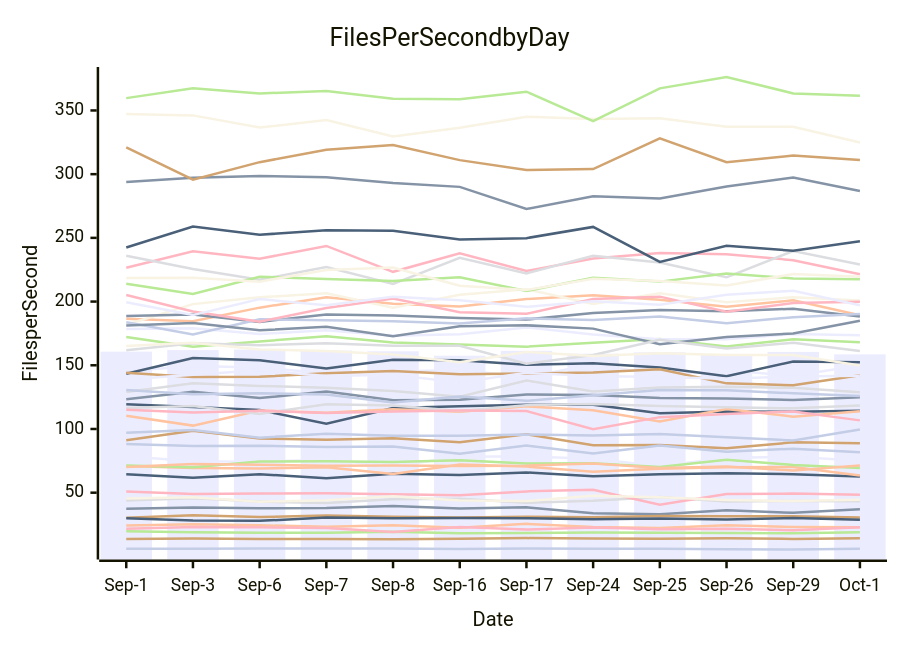
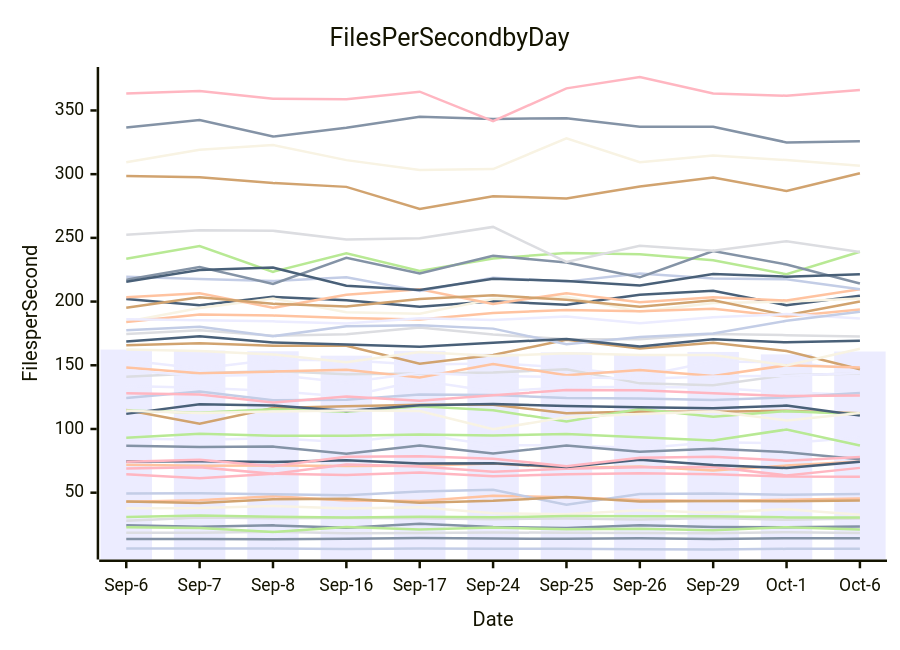
Before and after one commit to streetsidesoftware/cspell: the diagram in perf-report.md, drawn with Mermaid. The commit also changed other lines of this file and 1 other file, not shown here.

````diff
--- a/perf-report.md
+++ b/perf-report.md
@@ -10,57 +10,57 @@
 ```mermaid
 xychart-beta
     title Files Per Second by Day
     y-axis Files per Second
-    x-axis Date [Sep-1, Sep-3, Sep-6, Sep-7, Sep-8, Sep-16, Sep-17, Sep-24, Sep-25, Sep-26, Sep-29, Oct-1]
-    bar [160.72, 161.93, 162.34, 161.56, 160.97, 157.55, 161.35, 159.12, 160.20, 158.85, 160.46, 158.54]
-    line [37.33, 38.42, 37.82, 37.98, 39.62, 37.64, 38.51, 33.90, 33.12, 36.15, 34.22, 37.04]
-    line [24.27, 25.24, 24.42, 23.30, 24.35, 22.54, 25.54, 23.00, 22.21, 24.38, 23.05, 22.85]
-    line [43.81, 45.60, 43.01, 41.97, 44.80, 45.26, 42.13, 43.68, 46.57, 43.13, 43.45, 43.36]
-    line [19.71, 18.88, 18.65, 18.65, 19.33, 18.07, 18.42, 18.78, 18.52, 18.42, 18.07, 18.99]
-    line [30.26, 32.20, 30.88, 32.09, 31.08, 30.60, 31.19, 30.72, 31.67, 31.52, 31.59, 30.62]
-    line [6.06, 6.09, 6.20, 6.14, 6.11, 5.78, 6.14, 6.07, 5.98, 5.68, 5.41, 5.92]
-    line [50.89, 48.97, 49.35, 49.58, 48.85, 47.97, 51.02, 52.29, 40.48, 48.89, 49.28, 48.37]
-    line [64.49, 61.65, 64.50, 61.26, 64.86, 63.96, 65.83, 62.91, 64.44, 65.18, 64.56, 62.65]
-    line [45.45, 46.41, 42.91, 44.10, 47.18, 43.88, 43.41, 47.56, 46.43, 44.28, 43.43, 44.41]
-    line [78.69, 74.68, 74.33, 75.84, 70.78, 78.20, 78.52, 76.56, 70.74, 77.36, 78.18, 75.07]
-    line [123.39, 129.29, 124.27, 129.39, 122.55, 122.88, 127.08, 126.63, 124.32, 123.86, 122.76, 124.85]
-    line [70.89, 69.29, 68.94, 69.89, 64.77, 72.12, 70.50, 66.34, 68.88, 70.01, 70.14, 63.55]
-    line [128.97, 135.94, 133.80, 132.37, 129.87, 125.28, 138.07, 129.51, 132.51, 133.16, 132.31, 128.76]
-    line [71.42, 69.97, 74.43, 74.58, 74.02, 75.50, 72.83, 73.03, 70.23, 75.87, 71.80, 69.38]
-    line [91.22, 98.55, 92.55, 91.52, 92.79, 89.51, 95.95, 87.21, 87.42, 84.85, 89.53, 88.83]
-    line [96.99, 99.11, 93.19, 96.28, 94.70, 94.66, 95.59, 94.92, 96.04, 93.49, 90.93, 99.59]
-    line [226.56, 239.54, 233.61, 243.66, 223.35, 237.82, 223.98, 233.86, 238.09, 237.21, 232.50, 221.42]
-    line [119.50, 117.17, 114.93, 104.04, 116.42, 117.89, 118.96, 119.04, 112.27, 113.64, 113.59, 114.39]
-    line [347.17, 346.14, 336.60, 342.41, 329.55, 336.36, 345.01, 343.35, 343.97, 337.30, 337.13, 324.92]
-    line [145.28, 149.46, 148.18, 143.83, 145.01, 146.41, 140.36, 151.00, 142.17, 146.26, 141.54, 150.02]
-    line [293.90, 297.13, 298.52, 297.48, 293.09, 290.03, 272.63, 282.67, 280.96, 290.36, 297.31, 286.74]
-    line [186.50, 184.53, 195.23, 203.47, 198.25, 196.22, 201.98, 205.02, 201.39, 195.94, 200.94, 189.24]
-    line [235.92, 225.53, 217.15, 227.16, 213.82, 234.37, 222.15, 235.99, 230.67, 219.04, 239.66, 229.06]
-    line [172.14, 164.57, 168.71, 172.84, 167.97, 166.22, 164.57, 167.61, 170.71, 164.68, 170.44, 168.02]
-    line [13.64, 14.09, 13.63, 13.57, 13.40, 13.81, 14.35, 14.04, 13.83, 14.23, 13.74, 14.24]
-    line [130.51, 127.29, 128.13, 127.03, 120.72, 125.41, 122.07, 126.43, 130.53, 130.33, 127.99, 125.90]
-    line [21.60, 23.03, 22.85, 22.27, 19.18, 23.11, 21.10, 22.62, 21.27, 21.60, 20.47, 22.93]
-    line [29.95, 28.16, 27.92, 30.43, 29.89, 30.21, 29.92, 29.23, 29.70, 28.98, 30.17, 28.67]
-    line [181.85, 198.01, 203.39, 206.55, 195.11, 205.27, 209.68, 198.18, 206.47, 199.39, 203.39, 200.83]
-    line [178.56, 179.08, 174.59, 177.44, 173.15, 174.36, 179.74, 174.18, 170.43, 170.45, 174.63, 173.65]
-    line [188.75, 189.86, 184.03, 189.81, 189.01, 187.14, 185.91, 190.99, 193.37, 192.37, 194.39, 188.26]
-    line [110.36, 102.65, 114.46, 112.83, 115.47, 113.56, 117.79, 114.76, 105.80, 115.76, 109.67, 113.99]
-    line [116.38, 118.04, 111.85, 119.40, 118.51, 114.20, 118.71, 119.64, 118.05, 116.99, 116.24, 118.39]
-    line [214.04, 205.97, 219.44, 217.73, 216.08, 219.15, 208.36, 218.68, 215.66, 222.06, 218.14, 217.51]
-    line [321.08, 295.70, 309.43, 319.09, 322.91, 311.02, 303.26, 304.00, 328.11, 309.34, 314.63, 311.05]
-    line [183.77, 174.20, 186.05, 185.31, 184.47, 182.86, 186.84, 185.48, 188.32, 183.01, 187.77, 190.16]
-    line [205.14, 192.22, 184.22, 194.88, 202.40, 191.56, 190.37, 202.02, 203.87, 192.01, 198.88, 199.85]
-    line [143.28, 155.69, 153.87, 147.46, 154.39, 153.96, 150.40, 151.64, 148.32, 141.41, 152.96, 152.29]
-    line [218.57, 218.78, 215.63, 224.82, 226.65, 212.42, 209.15, 217.97, 216.10, 212.71, 221.60, 219.58]
-    line [199.53, 189.39, 201.97, 197.12, 203.70, 201.07, 195.90, 200.29, 197.49, 205.32, 208.45, 197.08]
-    line [181.23, 183.21, 177.43, 180.28, 172.77, 180.61, 181.38, 178.77, 166.50, 172.24, 175.00, 184.88]
-    line [70.19, 72.55, 71.94, 71.15, 71.34, 71.01, 71.23, 73.00, 69.32, 70.55, 67.39, 71.27]
-    line [161.76, 167.23, 165.73, 167.27, 165.39, 165.37, 151.18, 158.06, 170.07, 163.11, 167.69, 161.21]
-    line [359.68, 367.46, 363.32, 365.30, 359.11, 358.89, 364.75, 341.57, 367.34, 376.26, 363.37, 361.56]
-    line [144.08, 140.79, 141.02, 143.66, 145.59, 142.94, 143.60, 144.39, 146.81, 135.80, 134.31, 142.24]
-    line [88.27, 86.74, 86.90, 85.78, 86.18, 80.59, 86.98, 80.71, 87.03, 82.08, 84.54, 81.78]
-    line [115.12, 112.97, 114.35, 112.51, 113.70, 114.44, 114.03, 99.84, 109.30, 111.81, 113.74, 106.75]
-    line [242.44, 258.87, 252.44, 256.07, 255.58, 248.63, 249.79, 258.60, 231.14, 243.74, 239.90, 247.38]
-    line [165.15, 167.75, 162.42, 161.26, 158.45, 152.45, 160.47, 157.19, 159.48, 158.08, 158.04, 149.87]
-    line [138.76, 142.53, 146.03, 141.67, 142.57, 136.52, 144.05, 141.65, 140.89, 139.38, 141.22, 141.74]
+    x-axis Date [Sep-6, Sep-7, Sep-8, Sep-16, Sep-17, Sep-24, Sep-25, Sep-26, Sep-29, Oct-1, Oct-6]
+    bar [162.34, 161.56, 160.97, 157.55, 161.35, 159.12, 160.20, 158.85, 160.46, 158.54, 160.80]
+    line [24.42, 23.30, 24.35, 22.54, 25.54, 23.00, 22.21, 24.38, 23.05, 22.85, 23.51]
+    line [42.91, 44.10, 47.18, 43.88, 43.41, 47.56, 46.43, 44.28, 43.43, 44.41, 45.44]
+    line [18.65, 18.65, 19.33, 18.07, 18.42, 18.78, 18.52, 18.42, 18.07, 18.99, 18.31]
+    line [22.85, 22.27, 19.18, 23.11, 21.10, 22.62, 21.27, 21.60, 20.47, 22.93, 21.07]
+    line [114.93, 104.04, 116.42, 117.89, 118.96, 119.04, 112.27, 113.64, 113.59, 114.39, 112.36]
+    line [6.20, 6.14, 6.11, 5.78, 6.14, 6.07, 5.98, 5.68, 5.41, 5.92, 6.04]
+    line [64.50, 61.26, 64.86, 63.96, 65.83, 62.91, 64.44, 65.18, 64.56, 62.65, 62.43]
+    line [201.97, 197.12, 203.70, 201.07, 195.90, 200.29, 197.49, 205.32, 208.45, 197.08, 204.63]
+    line [37.82, 37.98, 39.62, 37.64, 38.51, 33.90, 33.12, 36.15, 34.22, 37.04, 32.63]
+    line [133.80, 132.37, 129.87, 125.28, 138.07, 129.51, 132.51, 133.16, 132.31, 128.76, 126.60]
+    line [13.63, 13.57, 13.40, 13.81, 14.35, 14.04, 13.83, 14.23, 13.74, 14.24, 14.20]
+    line [71.94, 71.15, 71.34, 71.01, 71.23, 73.00, 69.32, 70.55, 67.39, 71.27, 74.42]
+    line [174.59, 177.44, 173.15, 174.36, 179.74, 174.18, 170.43, 170.45, 174.63, 173.65, 172.60]
+    line [114.46, 112.83, 115.47, 113.56, 117.79, 114.76, 105.80, 115.76, 109.67, 113.99, 111.76]
+    line [298.52, 297.48, 293.09, 290.03, 272.63, 282.67, 280.96, 290.36, 297.31, 286.74, 300.74]
+    line [124.27, 129.39, 122.55, 122.88, 127.08, 126.63, 124.32, 123.86, 122.76, 124.85, 128.27]
+    line [68.94, 69.89, 64.77, 72.12, 70.50, 66.34, 68.88, 70.01, 70.14, 63.55, 69.47]
+    line [111.85, 119.40, 118.51, 114.20, 118.71, 119.64, 118.05, 116.99, 116.24, 118.39, 110.55]
+    line [184.22, 194.88, 202.40, 191.56, 190.37, 202.02, 203.87, 192.01, 198.88, 199.85, 202.40]
+    line [92.55, 91.52, 92.79, 89.51, 95.95, 87.21, 87.42, 84.85, 89.53, 88.83, 93.35]
+    line [336.60, 342.41, 329.55, 336.36, 345.01, 343.35, 343.97, 337.30, 337.13, 324.92, 325.88]
+    line [203.39, 206.55, 195.11, 205.27, 209.68, 198.18, 206.47, 199.39, 203.39, 200.83, 209.63]
+    line [27.92, 30.43, 29.89, 30.21, 29.92, 29.23, 29.70, 28.98, 30.17, 28.67, 29.77]
+    line [233.61, 243.66, 223.35, 237.82, 223.98, 233.86, 238.09, 237.21, 232.50, 221.42, 239.10]
+    line [195.23, 203.47, 198.25, 196.22, 201.98, 205.02, 201.39, 195.94, 200.94, 189.24, 200.12]
+    line [219.44, 217.73, 216.08, 219.15, 208.36, 218.68, 215.66, 222.06, 218.14, 217.51, 209.70]
+    line [128.13, 127.03, 120.72, 125.41, 122.07, 126.43, 130.53, 130.33, 127.99, 125.90, 126.36]
+    line [74.43, 74.58, 74.02, 75.50, 72.83, 73.03, 70.23, 75.87, 71.80, 69.38, 74.19]
+    line [309.43, 319.09, 322.91, 311.02, 303.26, 304.00, 328.11, 309.34, 314.63, 311.05, 306.67]
+    line [153.87, 147.46, 154.39, 153.96, 150.40, 151.64, 148.32, 141.41, 152.96, 152.29, 146.67]
+    line [217.15, 227.16, 213.82, 234.37, 222.15, 235.99, 230.67, 219.04, 239.66, 229.06, 214.17]
+    line [184.03, 189.81, 189.01, 187.14, 185.91, 190.99, 193.37, 192.37, 194.39, 188.26, 193.85]
+    line [141.02, 143.66, 145.59, 142.94, 143.60, 144.39, 146.81, 135.80, 134.31, 142.24, 143.59]
+    line [30.88, 32.09, 31.08, 30.60, 31.19, 30.72, 31.67, 31.52, 31.59, 30.62, 30.55]
+    line [165.73, 167.27, 165.39, 165.37, 151.18, 158.06, 170.07, 163.11, 167.69, 161.21, 146.94]
+    line [49.35, 49.58, 48.85, 47.97, 51.02, 52.29, 40.48, 48.89, 49.28, 48.37, 49.05]
+    line [363.32, 365.30, 359.11, 358.89, 364.75, 341.57, 367.34, 376.26, 363.37, 361.56, 366.09]
+    line [215.63, 224.82, 226.65, 212.42, 209.15, 217.97, 216.10, 212.71, 221.60, 219.58, 221.52]
+    line [114.35, 112.51, 113.70, 114.44, 114.03, 99.84, 109.30, 111.81, 113.74, 106.75, 112.56]
+    line [186.05, 185.31, 184.47, 182.86, 186.84, 185.48, 188.32, 183.01, 187.77, 190.16, 186.67]
+    line [86.90, 85.78, 86.18, 80.59, 86.98, 80.71, 87.03, 82.08, 84.54, 81.78, 76.16]
+    line [148.18, 143.83, 145.01, 146.41, 140.36, 151.00, 142.17, 146.26, 141.54, 150.02, 148.20]
+    line [252.44, 256.07, 255.58, 248.63, 249.79, 258.60, 231.14, 243.74, 239.90, 247.38, 238.97]
+    line [93.19, 96.28, 94.70, 94.66, 95.59, 94.92, 96.04, 93.49, 90.93, 99.59, 87.11]
+    line [43.01, 41.97, 44.80, 45.26, 42.13, 43.68, 46.57, 43.13, 43.45, 43.36, 43.95]
+    line [177.43, 180.28, 172.77, 180.61, 181.38, 178.77, 166.50, 172.24, 175.00, 184.88, 191.93]
+    line [74.33, 75.84, 70.78, 78.20, 78.52, 76.56, 70.74, 77.36, 78.18, 75.07, 77.94]
+    line [168.71, 172.84, 167.97, 166.22, 164.57, 167.61, 170.71, 164.68, 170.44, 168.02, 169.27]
+    line [162.42, 161.26, 158.45, 152.45, 160.47, 157.19, 159.48, 158.08, 158.04, 149.87, 163.03]
+    line [146.03, 141.67, 142.57, 136.52, 144.05, 141.65, 140.89, 139.38, 141.22, 141.74, 144.00]
 ```
````
